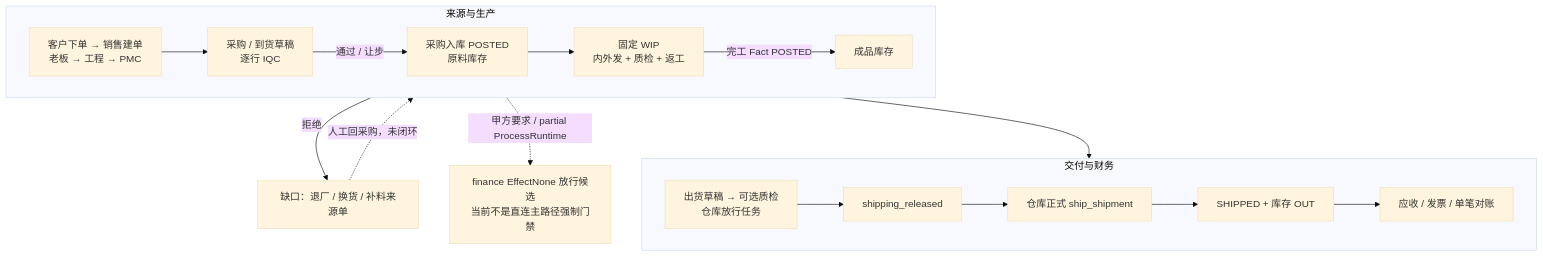
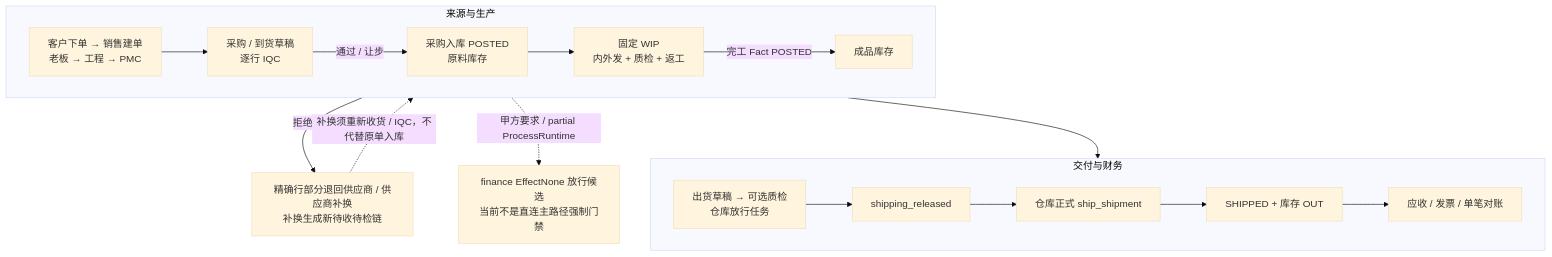
Before and after one commit to saurick/plush-toy-erp: the fourth of 17 diagrams in docs/customers/yoyoosun/角色能力与流程矩阵.md, drawn with Mermaid (base theme). The commit also changed other lines of this file and 163 other files, not shown here.

````diff
--- a/docs/customers/yoyoosun/角色能力与流程矩阵.md
+++ b/docs/customers/yoyoosun/角色能力与流程矩阵.md
@@ -532,19 +537,19 @@
 ```mermaid
 flowchart TD
   subgraph sourceToStock["来源与生产"]
     direction LR
     order["客户下单 → 销售建单<br/>老板 → 工程 → PMC"] --> supply["采购 / 到货草稿<br/>逐行 IQC"]
     supply -- "通过 / 让步" --> materialStock["采购入库 POSTED<br/>原料库存"]
     materialStock --> wip["固定 WIP<br/>内外发 + 质检 + 返工"]
     wip -- "完工 Fact POSTED" --> finishedStock["成品库存"]
   end
-  supply -- "拒绝" --> rejectGap["缺口：退厂 / 换货 / 补料来源单"]
-  rejectGap -. "人工回采购，未闭环" .-> supply
+  supply -- "拒绝" --> rejection["精确行部分退回供应商 / 供应商补换<br/>补换生成新待收待检链"]
+  rejection -. "补换须重新收货 / IQC，不代替原单入库" .-> supply
   subgraph stockToFinance["交付与财务"]
     direction LR
     release["出货草稿 → 可选质检<br/>仓库放行任务"] --> released["shipping_released"]
     released --> ship["仓库正式 ship_shipment"] --> shipped["SHIPPED + 库存 OUT"] --> finance["应收 / 发票 / 单笔对账"]
   end
   finishedStock --> release
   finishedStock -. "甲方要求 / partial ProcessRuntime" .-> financeCandidate["finance EffectNone 放行候选<br/>当前不是直连主路径强制门禁"]
 ```
````
